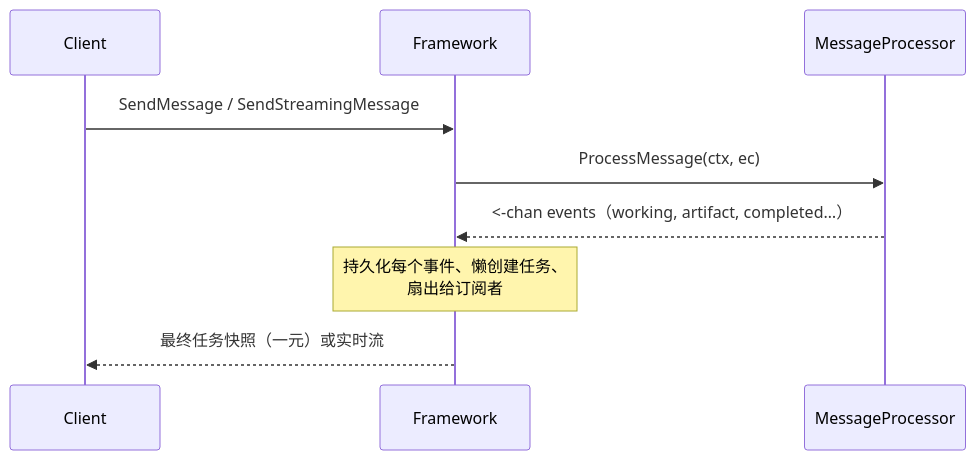
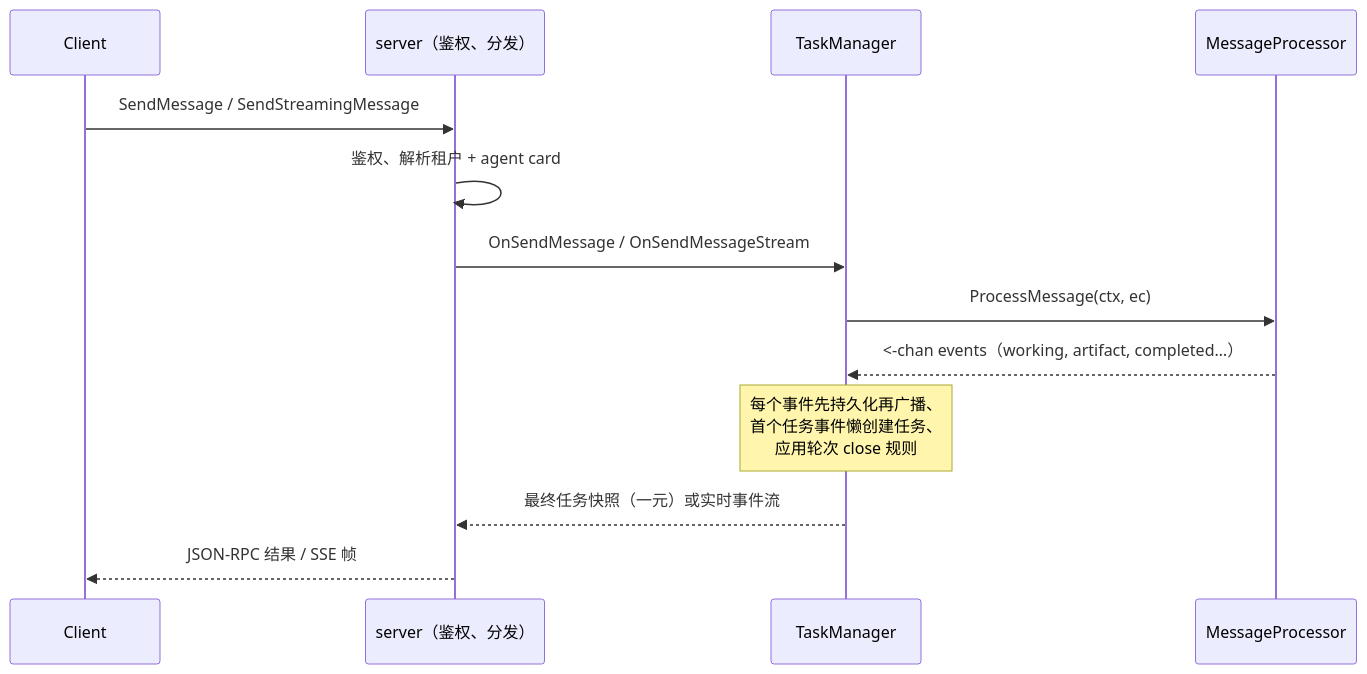
The second of 2 diagrams in docs/mkdocs/zh/overview.md (trpc-group/trpc-a2a-go), drawn with Mermaid before and after one commit. The commit also changed other lines of this file and 5 other files, not shown here.

````diff
--- a/docs/mkdocs/zh/overview.md
+++ b/docs/mkdocs/zh/overview.md
@@ -65,11 +71,16 @@
 ```mermaid
 sequenceDiagram
     participant Client
-    participant Framework
-    participant Processor as MessageProcessor
-    Client->>Framework: SendMessage / SendStreamingMessage
-    Framework->>Processor: ProcessMessage(ctx, ec)
-    Processor-->>Framework: <-chan events（working, artifact, completed…）
-    Note over Framework: 持久化每个事件、懒创建任务、<br/>扇出给订阅者
-    Framework-->>Client: 最终任务快照（一元）或实时流
+    participant Server as server（鉴权、分发）
+    participant TM as TaskManager
+    participant P as MessageProcessor
+
+    Client->>Server: SendMessage / SendStreamingMessage
+    Server->>Server: 鉴权、解析租户 + agent card
+    Server->>TM: OnSendMessage / OnSendMessageStream
+    TM->>P: ProcessMessage(ctx, ec)
+    P-->>TM: <-chan events（working, artifact, completed…）
+    Note over TM: 每个事件先持久化再广播、<br/>首个任务事件懒创建任务、<br/>应用轮次 close 规则
+    TM-->>Server: 最终任务快照（一元）或实时事件流
+    Server-->>Client: JSON-RPC 结果 / SSE 帧
 ```
````
